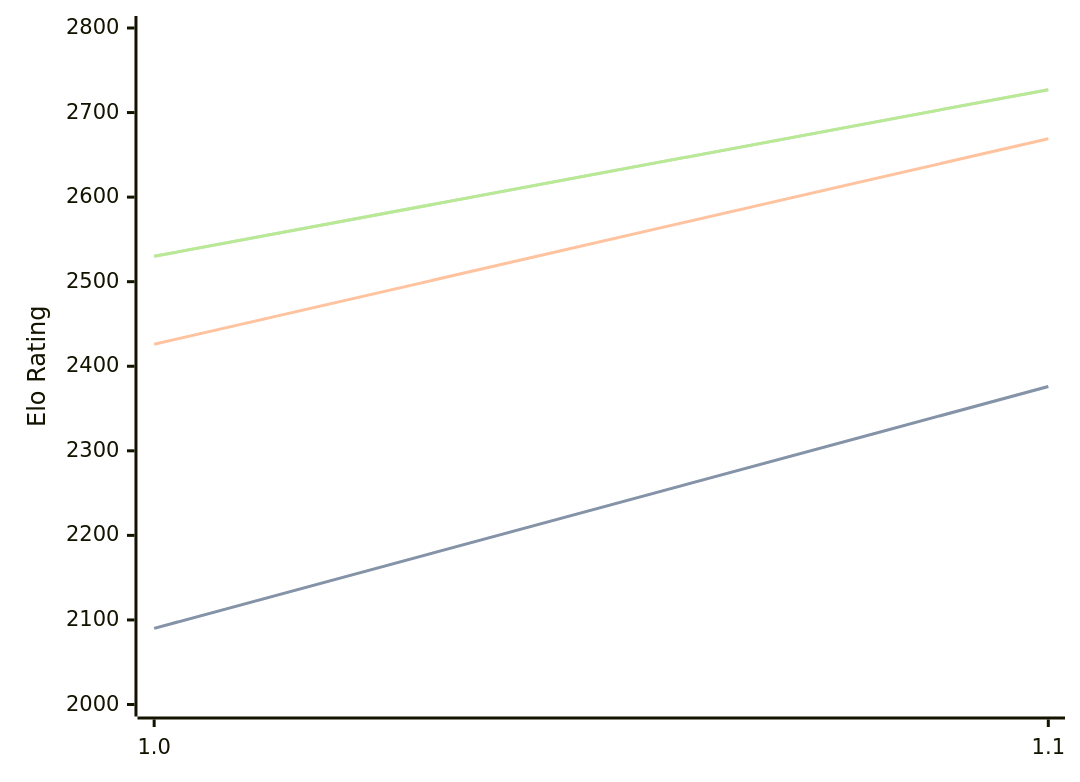
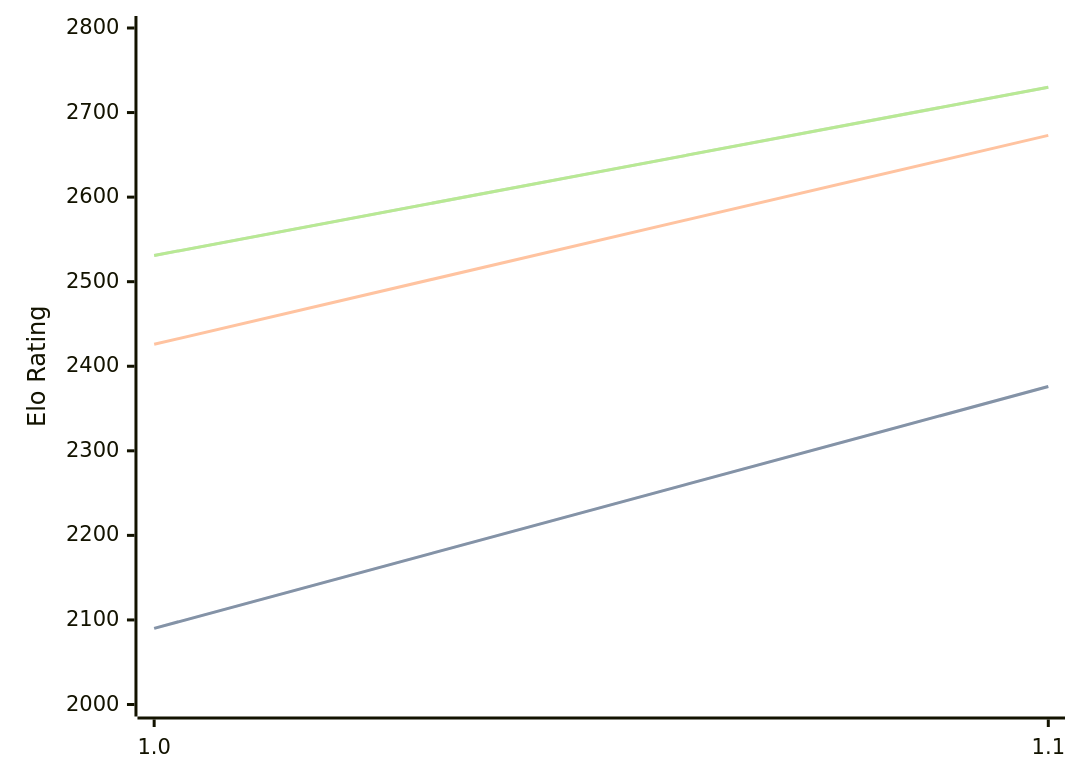
Before and after one commit to computer-chess-index/cci: the diagram in engines/Erinn.md, drawn with Mermaid. The commit also changed other lines of this file, not shown here.

Commit message:
Update CCI Ratings (ELO VLTC) - 2026-09-01

````diff
--- a/engines/Erinn.md
+++ b/engines/Erinn.md
@@ -32,11 +32,11 @@
 ```mermaid
 %%{init: {"theme":"base","themeVariables":{"seriesColors:['#a3a3a3','#222221','#faa371']}}}%%
 xychart-beta
   x-axis ["1.0", "1.1"]
   y-axis "Elo Rating" 2000 --> 2800
   line "" [2090, 2376]
   line "STC (8.0+0.08s)" [2090, 2376]
-  line "LTC (60.0+0.60s)" [2426, 2669]
-  line "" [2530, 2727]
-  line "VLTC (2m24s+1.12s)" [2530, 2727]
+  line "LTC (60.0+0.60s)" [2426, 2673]
+  line "" [2531, 2730]
+  line "VLTC (2m24s+1.12s)" [2531, 2730]
 ```
````
